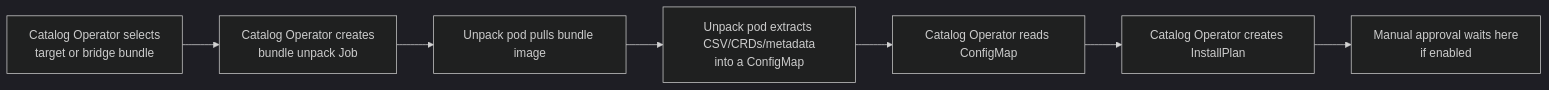
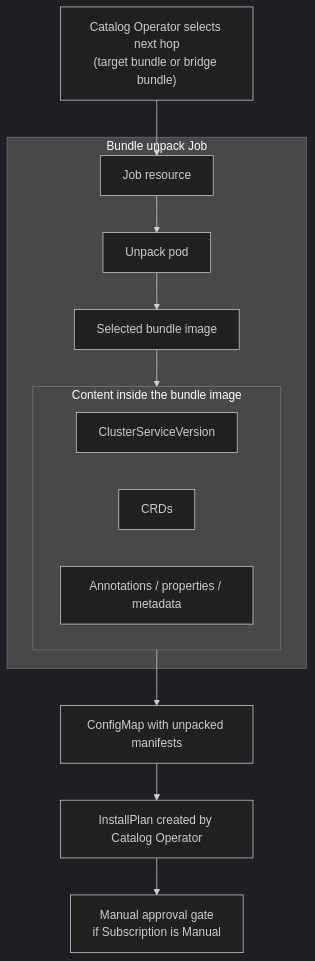
Before and after one commit to idanherman/oc-mirror-guide: the second of 3 diagrams in README.md, drawn with Mermaid (dark theme). The commit also changed other lines of this file, not shown here.

Commit message:
Clarify catalog source handling

````diff
--- a/README.md
+++ b/README.md
@@ -203,12 +222,22 @@
 ```mermaid
-flowchart LR
-  A["Catalog Operator selects<br/>target or bridge bundle"]
-  B["Catalog Operator creates<br/>bundle unpack Job"]
-  C["Unpack pod pulls bundle image"]
-  D["Unpack pod extracts CSV/CRDs/metadata<br/>into a ConfigMap"]
-  E["Catalog Operator reads ConfigMap"]
-  F["Catalog Operator creates InstallPlan"]
-  G["Manual approval waits here<br/>if enabled"]
+flowchart TB
+  A["Catalog Operator selects next hop<br/>(target bundle or bridge bundle)"]
 
-  A --> B --> C --> D --> E --> F --> G
+  subgraph unpack_job["Bundle unpack Job"]
+    J["Job resource"]
+    P["Unpack pod"]
+    BIMG["Selected bundle image"]
+    subgraph bundle_contents["Content inside the bundle image"]
+      CSV["ClusterServiceVersion"]
+      CRDS["CRDs"]
+      META["Annotations / properties / metadata"]
+    end
+  end
+
+  CM["ConfigMap with unpacked manifests"]
+  IP["InstallPlan created by Catalog Operator"]
+  MAN["Manual approval gate<br/>if Subscription is Manual"]
+
+  A --> J --> P --> BIMG
+  BIMG --> bundle_contents --> CM --> IP --> MAN
 ```
````
